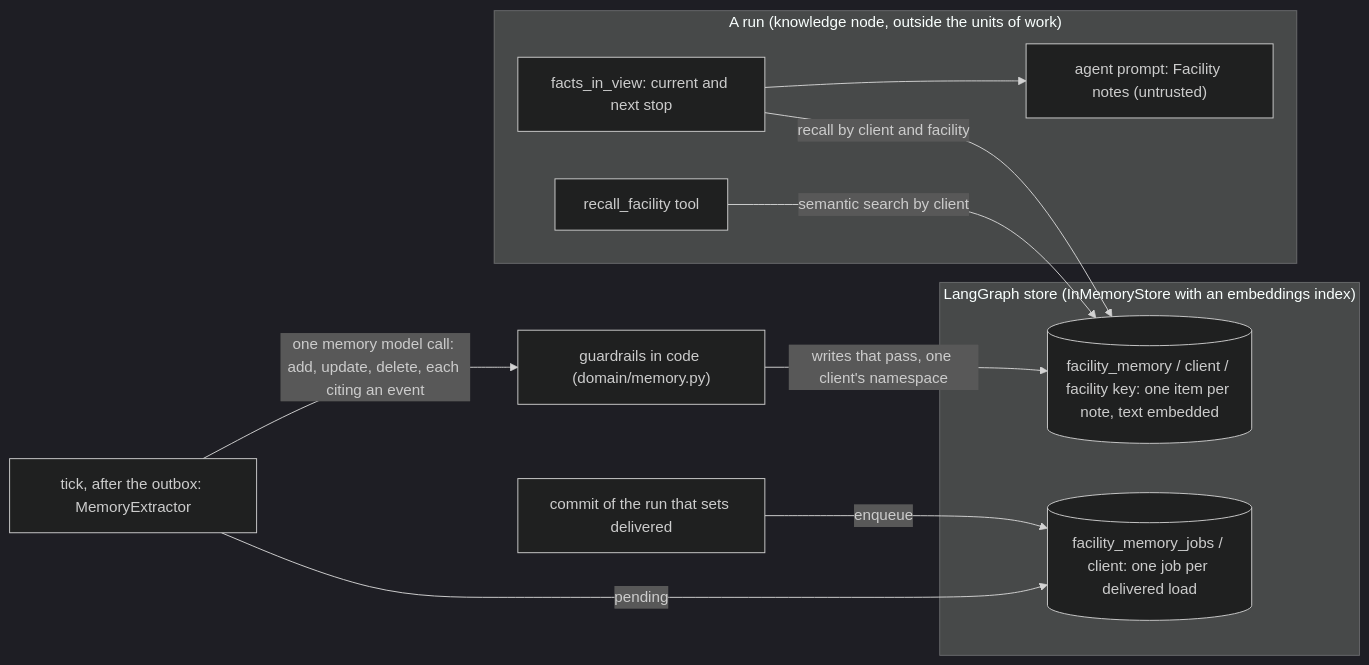
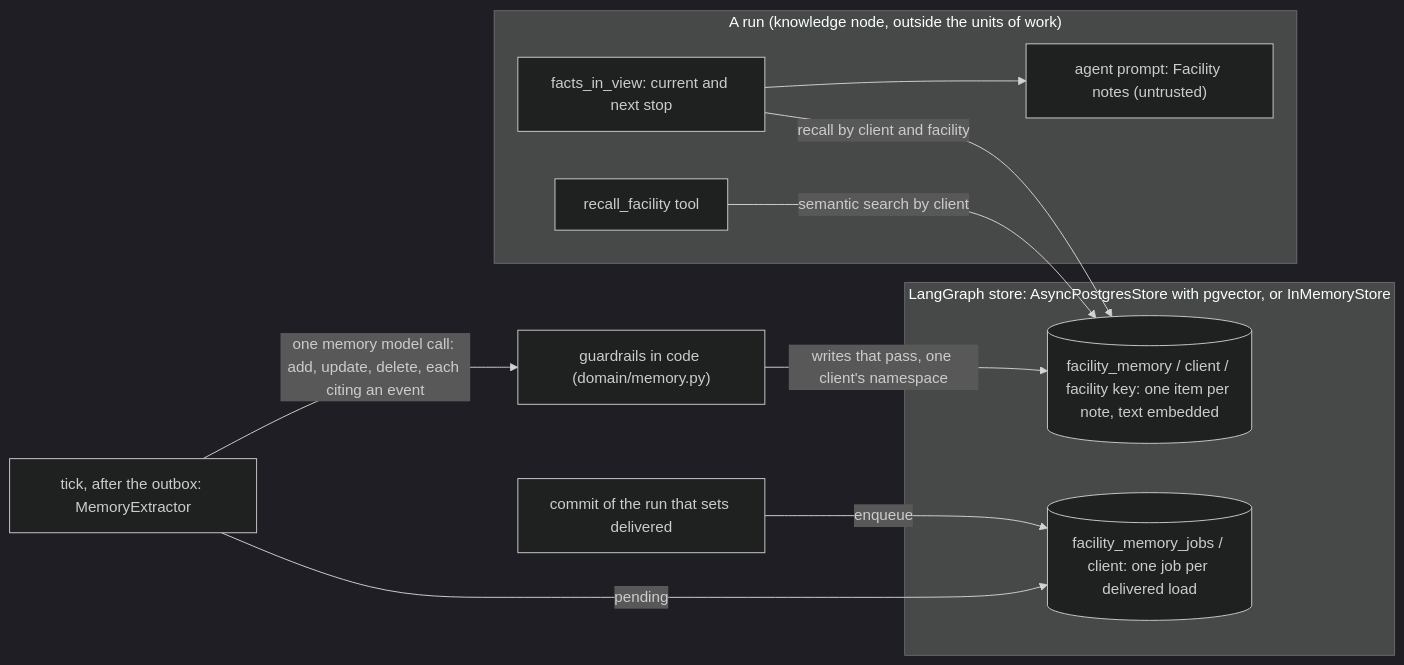
Before and after one commit to pedrocwb/freight-hero-assessment: the sixth of 11 diagrams in docs/architecture.md, drawn with Mermaid (dark theme). The commit also changed other lines of this file and 4 other files, not shown here.

Commit message:
Describe the facility memory on Postgres and the requeue of lost extractions in the docs

````diff
--- a/docs/architecture.md
+++ b/docs/architecture.md
@@ -232,17 +232,17 @@
 ```mermaid
 flowchart LR
   subgraph run["A run (knowledge node, outside the units of work)"]
     K["facts_in_view: current and next stop"] --> P["agent prompt: Facility notes (untrusted)"]
     T["recall_facility tool"]
   end
-  subgraph store["LangGraph store (InMemoryStore with an embeddings index)"]
+  subgraph store["LangGraph store: AsyncPostgresStore with pgvector, or InMemoryStore"]
     N[("facility_memory / client / facility key: one item per note, text embedded")]
     J[("facility_memory_jobs / client: one job per delivered load")]
   end
   C["commit of the run that sets delivered"] -->|enqueue| J
   X["tick, after the outbox: MemoryExtractor"] -->|pending| J
   X -->|"one memory model call: add, update, delete, each citing an event"| G["guardrails in code (domain/memory.py)"]
   G -->|"writes that pass, one client's namespace"| N
   K -->|recall by client and facility| N
   T -->|semantic search by client| N
 ```
````
